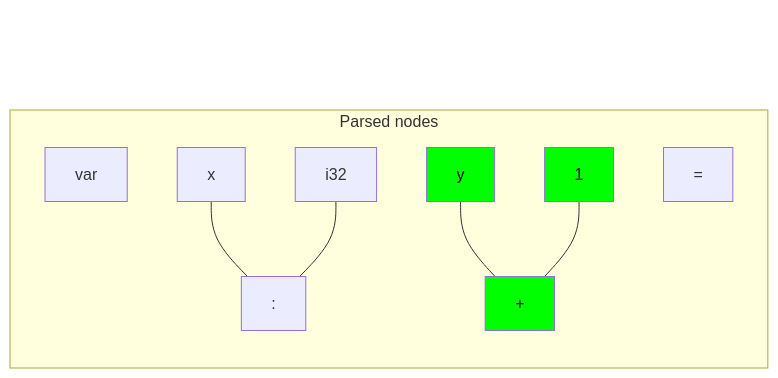
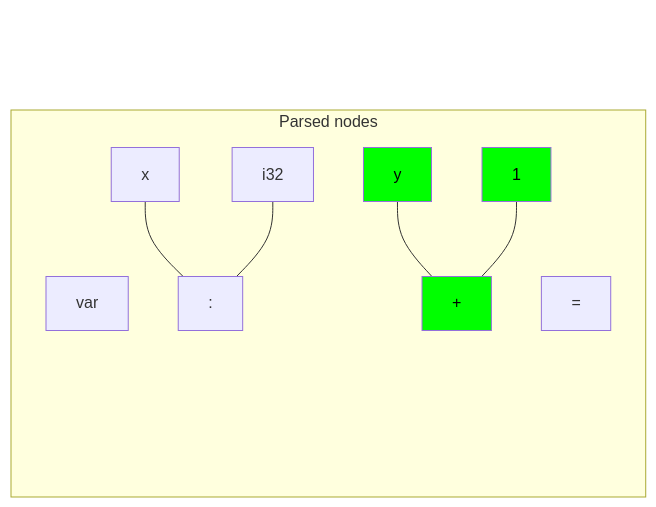
One commit to carbon-language/carbon-lang changed the ninth of 14 diagrams in toolchain/docs/parse.md. Above: the diagram before and after it, drawn with Mermaid. The commit also changed other lines of this file, not shown here.

````diff
--- a/toolchain/docs/parse.md
+++ b/toolchain/docs/parse.md
@@ -335,25 +371,29 @@
 ```mermaid
 flowchart BT
     root:::hidden
     subgraph nodes["Parsed nodes"]
         direction BT
         node1[var]
         node2[x]
         node3[:]
         node4[i32]
         node5[=]
         node6[y]:::moved
         node7[+]:::moved
         node8[1]:::moved
+        node9[;]:::pending
     end
 
+    classDef pending visibility:hidden
+    classDef moved fill:#0F0,color:#000
     classDef hidden visibility:hidden,display:none
-    classDef moved fill:#0F0,color:#000
 
     node1 ~~~~ root
     node3 --- node2 & node4
     node3 ~~~ root
     node5 ~~~~ root
     node7 --- node6 & node8
     node7 ~~~ root
+    node9 ~~~ node1 & node3 & node5 & node7
+    node9 ~~~ root
 ```
````
